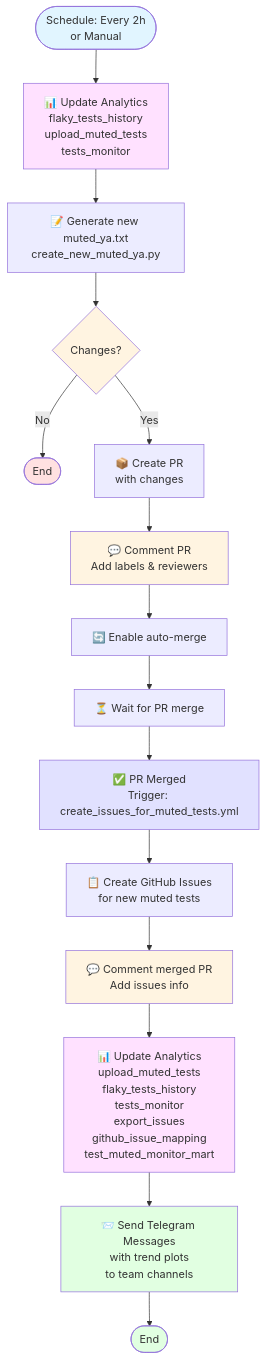
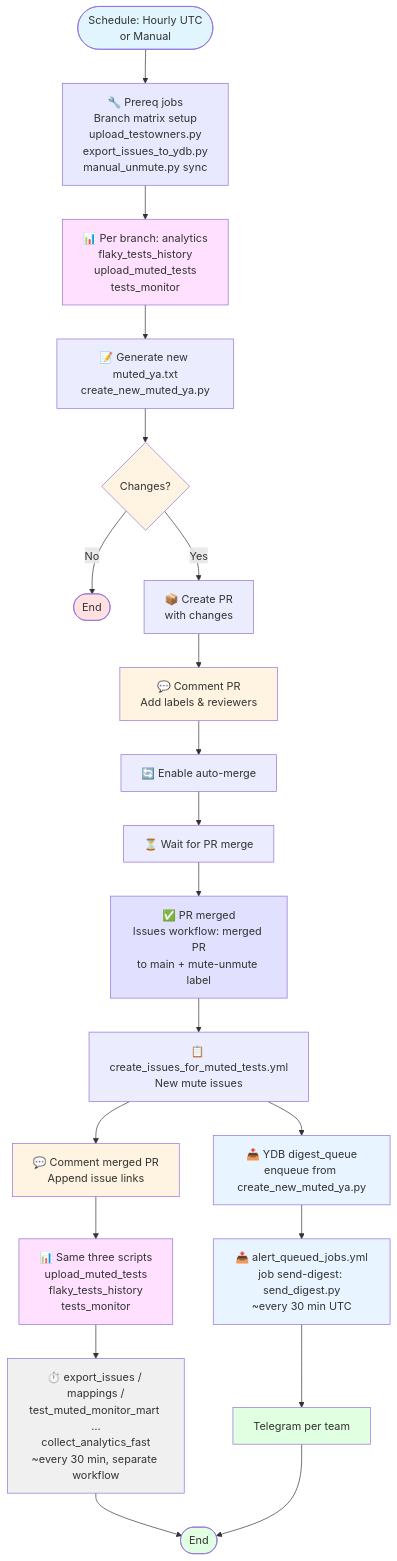
The first of 4 diagrams in .github/config/mute_rules.md (ydb-platform/ydb), drawn with Mermaid before and after one commit. The commit also changed other lines of this file and 4 other files, not shown here.

First line of the commit message:
Enhance mute configuration and documentation for fast-unmute functionality

````diff
--- a/.github/config/mute_rules.md
+++ b/.github/config/mute_rules.md
@@ -214,36 +171,47 @@
 ```mermaid
 graph TB
-    Start([Schedule: Every 2h<br/>or Manual]) --> UpdateAnalytics[📊 Update Analytics<br/>flaky_tests_history<br/>upload_muted_tests<br/>tests_monitor]
+    Start([Schedule: Hourly UTC<br/>or Manual]) --> Prereq[🔧 Prereq jobs<br/>Branch matrix setup<br/>upload_testowners.py<br/>export_issues_to_ydb.py<br/>manual_unmute.py sync]
+    
+    Prereq --> UpdateAnalytics[📊 Per branch: analytics<br/>flaky_tests_history<br/>upload_muted_tests<br/>tests_monitor]
     
     UpdateAnalytics --> GenerateFile[📝 Generate new muted_ya.txt<br/>create_new_muted_ya.py]
     
     GenerateFile --> CheckChanges{Changes?}
     CheckChanges -->|No| End1([End])
     CheckChanges -->|Yes| CreatePR[📦 Create PR<br/>with changes]
     
     CreatePR --> CommentPR[💬 Comment PR<br/>Add labels & reviewers]
     CommentPR --> AutoMerge[🔄 Enable auto-merge]
     AutoMerge --> WaitMerge[⏳ Wait for PR merge]
     
-    WaitMerge --> PRMerged[✅ PR Merged<br/>Trigger: create_issues_for_muted_tests.yml]
+    WaitMerge --> PRMerged[✅ PR merged<br/>Issues workflow: merged PR<br/>to main + mute-unmute label]
     
-    PRMerged --> CreateIssues[📋 Create GitHub Issues<br/>for new muted tests]
-    CreateIssues --> CommentMergedPR[💬 Comment merged PR<br/>Add issues info]
+    PRMerged --> CreateIssues[📋 create_issues_for_muted_tests.yml<br/>New mute issues]
+    CreateIssues --> DigestQ[📥 YDB digest_queue<br/>enqueue from create_new_muted_ya.py]
+    CreateIssues --> CommentMergedPR[💬 Comment merged PR<br/>Append issue links]
     
-    CommentMergedPR --> UpdateAnalyticsAfterMerge[📊 Update Analytics<br/>upload_muted_tests<br/>flaky_tests_history<br/>tests_monitor<br/>export_issues<br/>github_issue_mapping<br/>test_muted_monitor_mart]
+    CommentMergedPR --> UpdateAnalyticsAfterMerge[📊 Same three scripts<br/>upload_muted_tests<br/>flaky_tests_history<br/>tests_monitor]
     
-    UpdateAnalyticsAfterMerge --> SendTelegram[📨 Send Telegram Messages<br/>with trend plots<br/>to team channels]
+    UpdateAnalyticsAfterMerge --> AsyncAnalytics[⏱️ export_issues / mappings /<br/>test_muted_monitor_mart …<br/>collect_analytics_fast<br/>~every 30 min, separate workflow]
     
-    SendTelegram --> End2([End])
+    DigestQ --> SendDigest[📤 alert_queued_jobs.yml<br/>job send-digest: send_digest.py<br/>~every 30 min UTC]
+    SendDigest --> TG[Telegram per team]
+    
+    AsyncAnalytics --> End2([End])
+    TG --> End2
     
     style Start fill:#e1f5ff
+    style Prereq fill:#e8e8ff
     style UpdateAnalytics fill:#ffe1ff
     style UpdateAnalyticsAfterMerge fill:#ffe1ff
     style CommentPR fill:#fff4e1
     style CommentMergedPR fill:#fff4e1
-    style SendTelegram fill:#e1ffe1
+    style AsyncAnalytics fill:#f0f0f0
+    style DigestQ fill:#e8f4ff
+    style SendDigest fill:#e8f4ff
+    style TG fill:#e1ffe1
     style End1 fill:#ffe1e1
     style End2 fill:#e1ffe1
     style CheckChanges fill:#fff4e1
     style PRMerged fill:#e1e1ff
 ```
````
